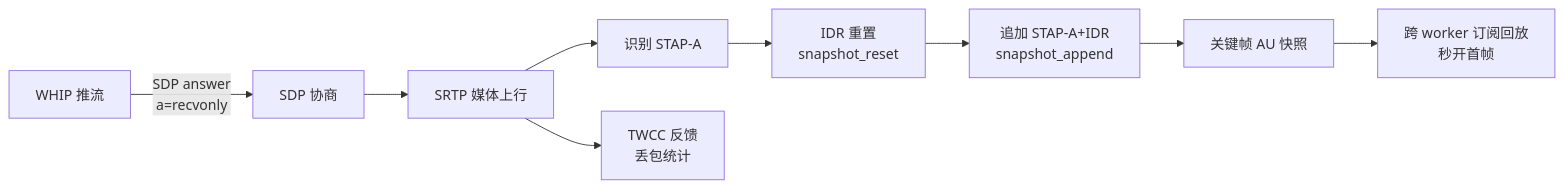
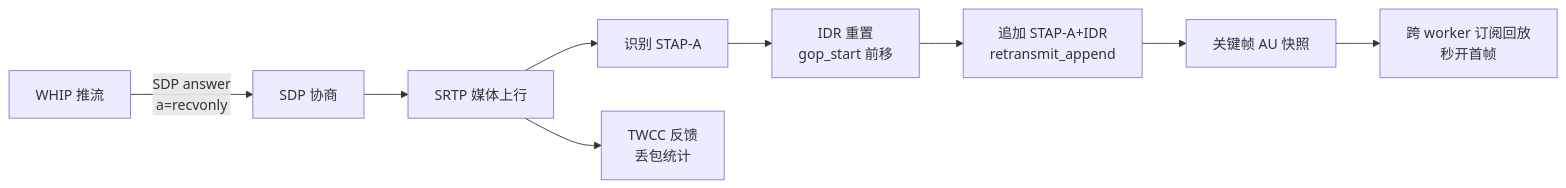
One commit to DeguiLiu/nginx-rtc-example changed the diagram in docs/webrtc-key-concepts.md. Above: the diagram before and after it, drawn with Mermaid. The commit also changed other lines of this file and 9 other files, not shown here.

````diff
--- a/docs/webrtc-key-concepts.md
+++ b/docs/webrtc-key-concepts.md
@@ -307,11 +313,11 @@
 ```mermaid
 flowchart LR
     WHIP[WHIP 推流] -->|SDP answer<br/>a=recvonly| SDP[SDP 协商]
     SDP --> SRTP[SRTP 媒体上行]
     SRTP --> STAP[识别 STAP-A]
-    STAP --> RESET[IDR 重置<br/>snapshot_reset]
-    RESET --> APPEND[追加 STAP-A+IDR<br/>snapshot_append]
+    STAP --> RESET[IDR 重置<br/>gop_start 前移]
+    RESET --> APPEND[追加 STAP-A+IDR<br/>retransmit_append]
     APPEND --> SNAP[关键帧 AU 快照]
     SNAP --> REPLAY[跨 worker 订阅回放<br/>秒开首帧]
     SRTP --> TWCC[TWCC 反馈<br/>丢包统计]
 ```
````
